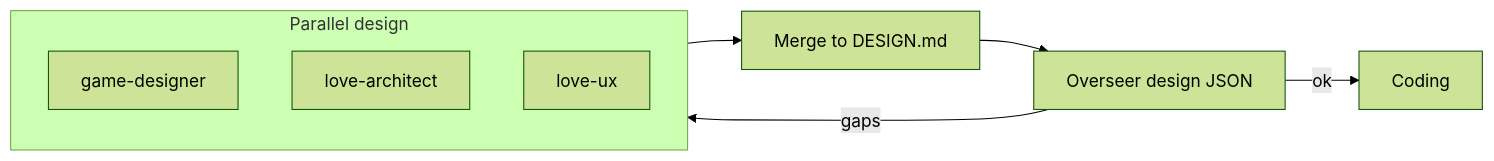
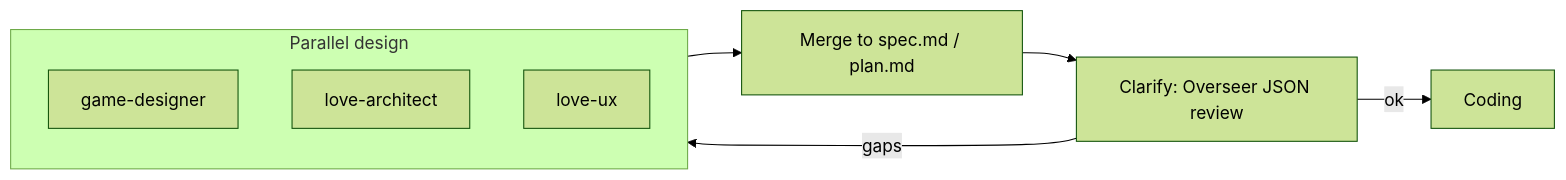
One commit to cjaherne/none-of-them-knew-they-were-robots changed the third of 3 diagrams in README.md. Above: the diagram before and after it, drawn with Mermaid (forest theme). The commit also changed other lines of this file and 40 other files, not shown here.

First line of the commit message:
feat(harness)!: v3.0.0 — retire v1 artefact schema and merged DESIGN.md (#29)

````diff
--- a/README.md
+++ b/README.md
@@ -145,12 +147,12 @@
 ```mermaid
 flowchart LR
   subgraph parallel [Parallel design]
     G[game-designer]
     A[love-architect]
     U[love-ux]
   end
-  parallel --> MERGE[Merge to DESIGN.md]
-  MERGE --> OV[Overseer design JSON]
+  parallel --> MERGE[Merge to spec.md / plan.md]
+  MERGE --> OV[Clarify: Overseer JSON review]
   OV -->|ok| NEXT[Coding]
   OV -->|gaps| parallel
 ```
````
